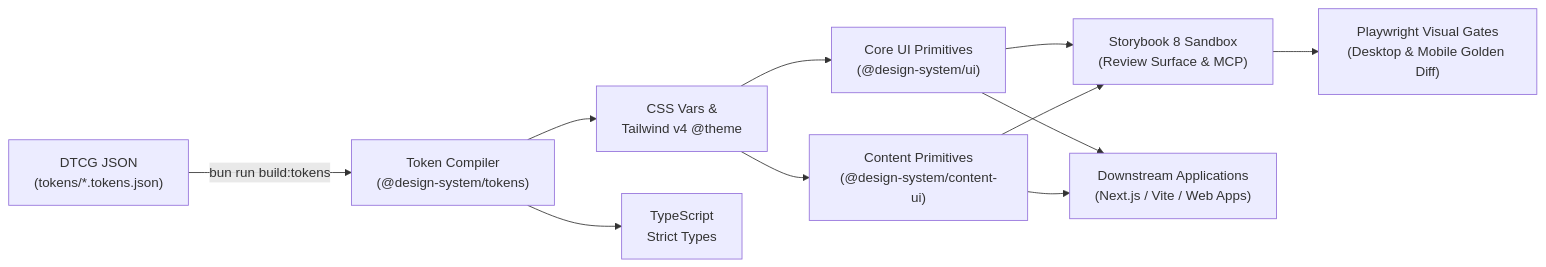
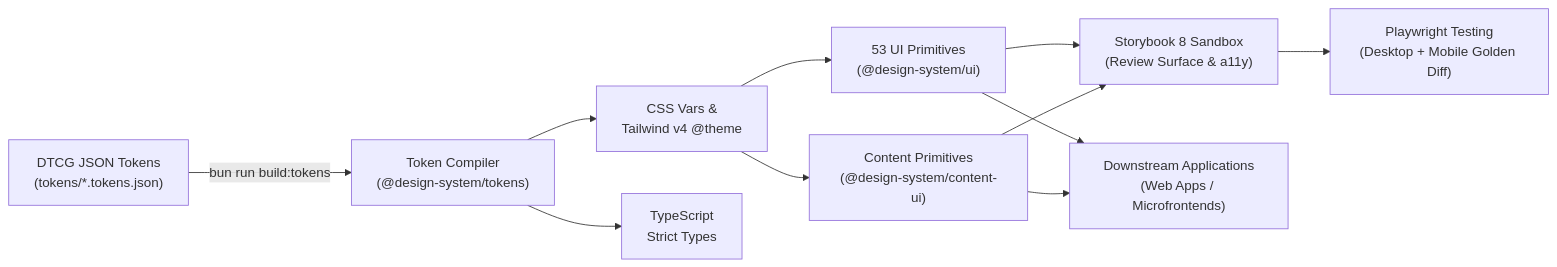
Before and after one commit to Victory-7291/design-system-template: the diagram in README.md, drawn with Mermaid. The commit also changed other lines of this file and 5 other files, not shown here.

Commit message:
docs: add comprehensive English specifications, architecture guides, and streamlined README

````diff
--- a/README.md
+++ b/README.md
@@ -63,23 +47,23 @@
 ```mermaid
 flowchart LR
-  DTCG["DTCG JSON<br/>(tokens/*.tokens.json)"]
+  DTCG["DTCG JSON Tokens<br/>(tokens/*.tokens.json)"]
   Compiler["Token Compiler<br/>(@design-system/tokens)"]
   CSS["CSS Vars &<br/>Tailwind v4 @theme"]
   TS["TypeScript<br/>Strict Types"]
-  UI["Core UI Primitives<br/>(@design-system/ui)"]
+  UI["53 UI Primitives<br/>(@design-system/ui)"]
   ContentUI["Content Primitives<br/>(@design-system/content-ui)"]
-  SB["Storybook 8 Sandbox<br/>(Review Surface & MCP)"]
-  PW["Playwright Visual Gates<br/>(Desktop & Mobile Golden Diff)"]
-  Apps["Downstream Applications<br/>(Next.js / Vite / Web Apps)"]
+  SB["Storybook 8 Sandbox<br/>(Review Surface & a11y)"]
+  PW["Playwright Testing<br/>(Desktop + Mobile Golden Diff)"]
+  Apps["Downstream Applications<br/>(Web Apps / Microfrontends)"]
 
   DTCG -->|bun run build:tokens| Compiler
   Compiler --> CSS
   Compiler --> TS
   CSS --> UI
   CSS --> ContentUI
   UI --> SB
   ContentUI --> SB
   SB --> PW
   UI --> Apps
   ContentUI --> Apps
 ```
````
